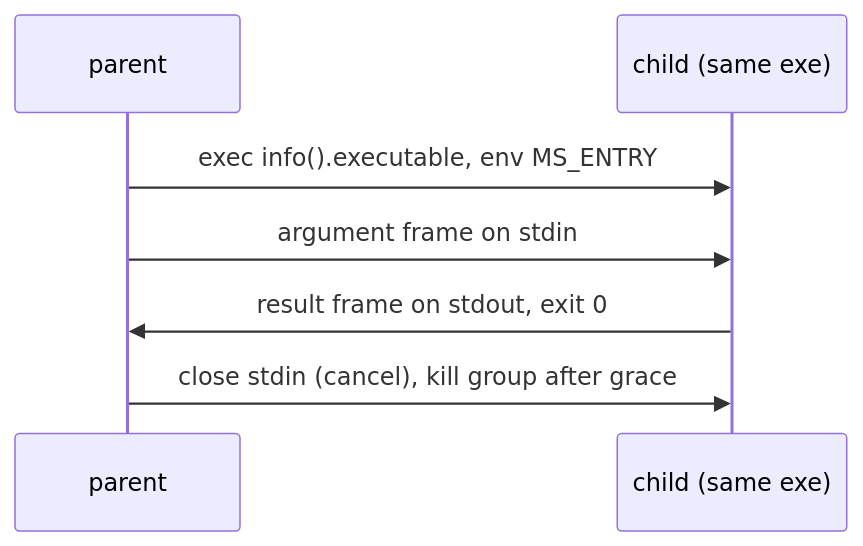
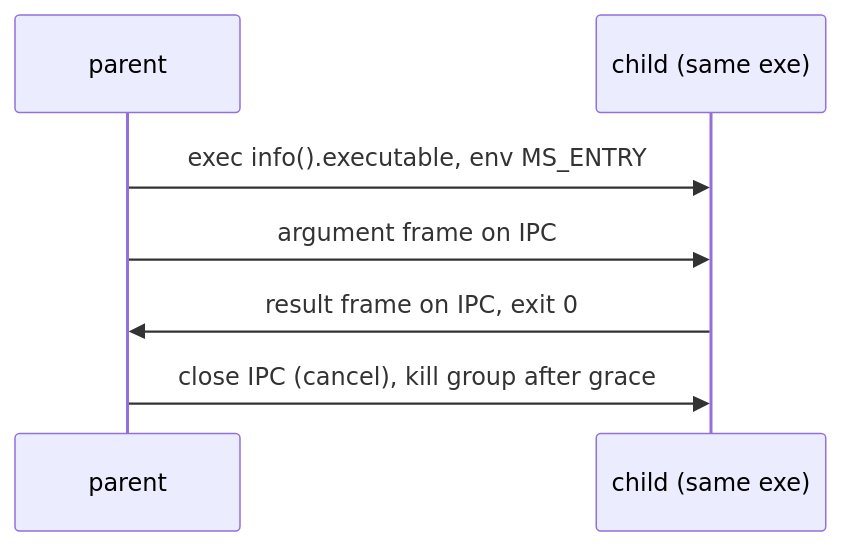
One commit to manuscript-lang/manuscript changed the diagram in proposals/child-processes.md. Above: the diagram before and after it, drawn with Mermaid. The commit also changed other lines of this file, not shown here.

First line of the commit message:
Child processes proposal: dedicated IPC channel and inherit_streams flag

````diff
--- a/proposals/child-processes.md
+++ b/proposals/child-processes.md
@@ -93,9 +93,9 @@
 ```mermaid
 sequenceDiagram
   participant P as parent
   participant C as child (same exe)
   P->>C: exec info().executable, env MS_ENTRY
-  P->>C: argument frame on stdin
-  C->>P: result frame on stdout, exit 0
-  P->>C: close stdin (cancel), kill group after grace
+  P->>C: argument frame on IPC
+  C->>P: result frame on IPC, exit 0
+  P->>C: close IPC (cancel), kill group after grace
 ```
````
